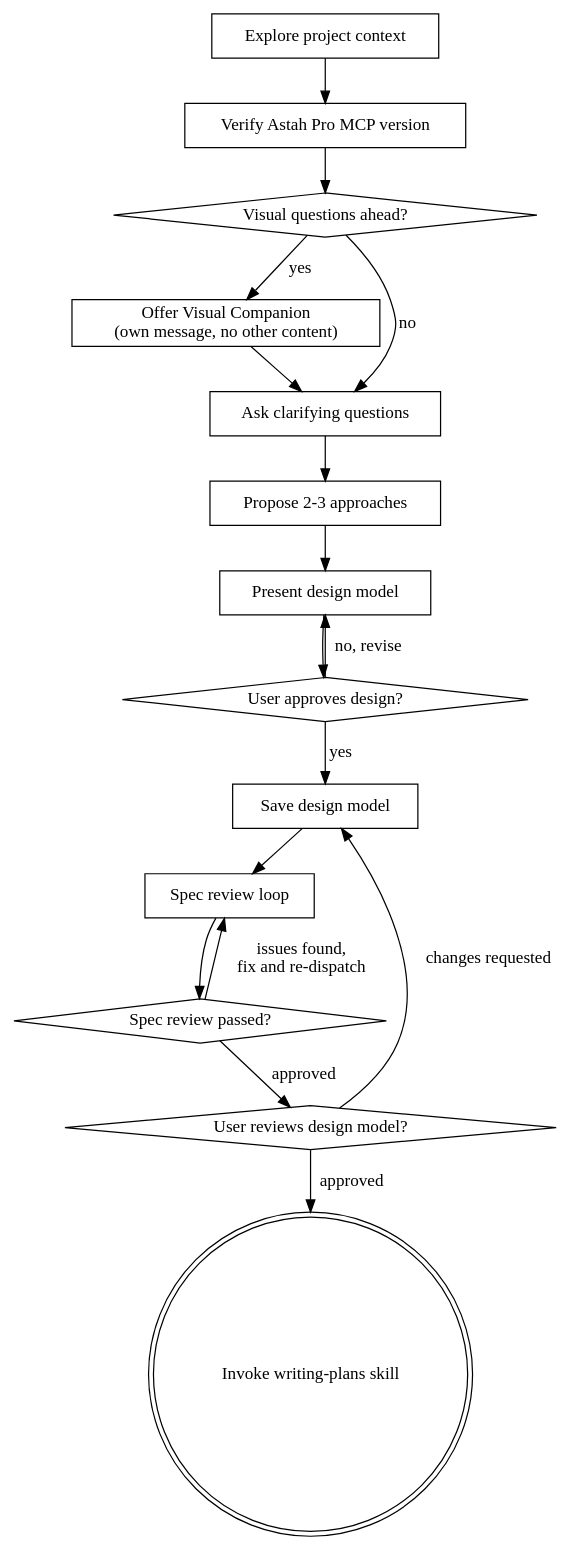
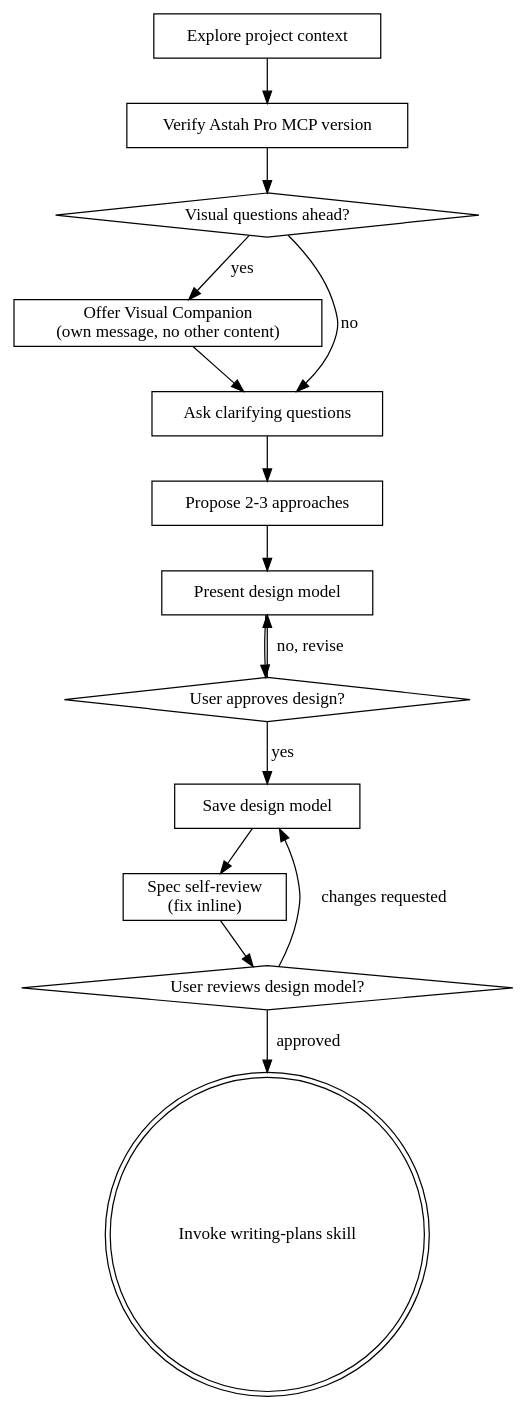
The diagram in plugins/superpowers-uml/skills/brainstorming/SKILL.md (takaakit/superpowers-uml), drawn with Graphviz before and after one commit. The commit also changed other lines of this file and 25 other files, not shown here.

````diff
--- a/plugins/superpowers-uml/skills/brainstorming/SKILL.md
+++ b/plugins/superpowers-uml/skills/brainstorming/SKILL.md
@@ -37,34 +37,31 @@
 ```dot
 digraph brainstorming {
     "Explore project context" [shape=box];
     "Verify Astah Pro MCP version" [shape=box];
     "Visual questions ahead?" [shape=diamond];
     "Offer Visual Companion\n(own message, no other content)" [shape=box];
     "Ask clarifying questions" [shape=box];
     "Propose 2-3 approaches" [shape=box];
     "Present design model" [shape=box];
     "User approves design?" [shape=diamond];
     "Save design model" [shape=box];
-    "Spec review loop" [shape=box];
-    "Spec review passed?" [shape=diamond];
+    "Spec self-review\n(fix inline)" [shape=box];
     "User reviews design model?" [shape=diamond];
     "Invoke writing-plans skill" [shape=doublecircle];
 
     "Explore project context" -> "Verify Astah Pro MCP version";
     "Verify Astah Pro MCP version" -> "Visual questions ahead?";
     "Visual questions ahead?" -> "Offer Visual Companion\n(own message, no other content)" [label="yes"];
     "Visual questions ahead?" -> "Ask clarifying questions" [label="no"];
     "Offer Visual Companion\n(own message, no other content)" -> "Ask clarifying questions";
     "Ask clarifying questions" -> "Propose 2-3 approaches";
     "Propose 2-3 approaches" -> "Present design model";
     "Present design model" -> "User approves design?";
     "User approves design?" -> "Present design model" [label="no, revise"];
     "User approves design?" -> "Save design model" [label="yes"];
-    "Save design model" -> "Spec review loop";
-    "Spec review loop" -> "Spec review passed?";
-    "Spec review passed?" -> "Spec review loop" [label="issues found,\nfix and re-dispatch"];
-    "Spec review passed?" -> "User reviews design model?" [label="approved"];
+    "Save design model" -> "Spec self-review\n(fix inline)";
+    "Spec self-review\n(fix inline)" -> "User reviews design model?";
     "User reviews design model?" -> "Save design model" [label="changes requested"];
     "User reviews design model?" -> "Invoke writing-plans skill" [label="approved"];
 }
 ```
````
